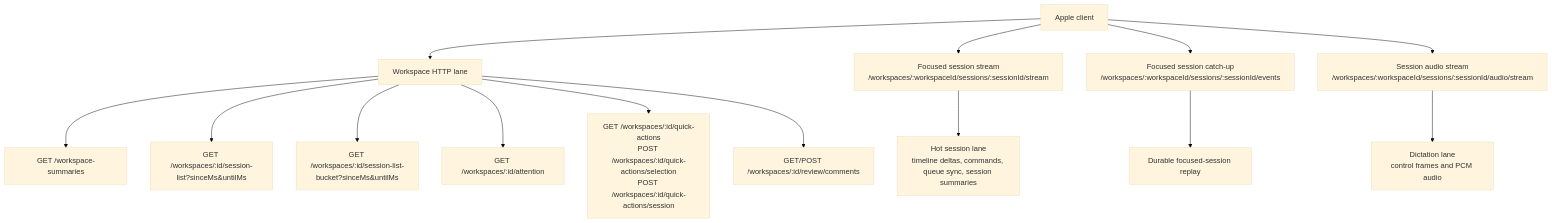
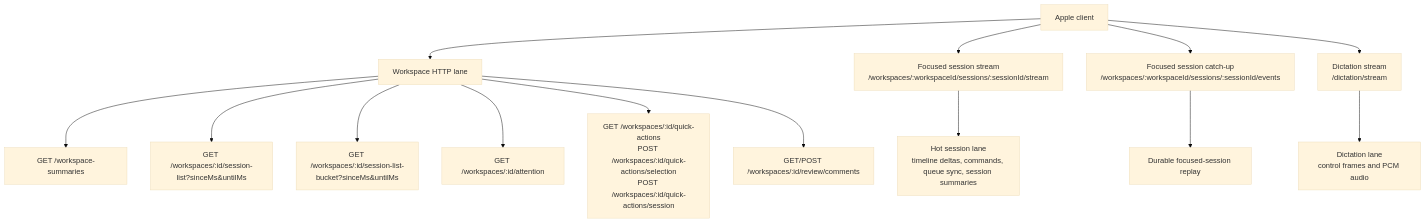
Before and after one commit to duh17/oppi: the third of 7 diagrams in docs/architecture.md, drawn with Mermaid (base theme). The commit also changed other lines of this file and 31 other files, not shown here.

````diff
--- a/docs/architecture.md
+++ b/docs/architecture.md
@@ -90,20 +90,20 @@
 ```mermaid
 graph TD
   Client[Apple client]
 
   Client --> WorkspaceHTTP[Workspace HTTP lane]
   Client --> SessionWS[Focused session stream<br/>/workspaces/:workspaceId/sessions/:sessionId/stream]
   Client --> SessionCatchup[Focused session catch-up<br/>/workspaces/:workspaceId/sessions/:sessionId/events]
-  Client --> AudioWS[Session audio stream<br/>/workspaces/:workspaceId/sessions/:sessionId/audio/stream]
+  Client --> AudioWS[Dictation stream<br/>/dictation/stream]
 
   WorkspaceHTTP --> Summaries[GET /workspace-summaries]
   WorkspaceHTTP --> RecentList[GET /workspaces/:id/session-list?sinceMs&untilMs]
   WorkspaceHTTP --> ArchiveBucket[GET /workspaces/:id/session-list-bucket?sinceMs&untilMs]
   WorkspaceHTTP --> Attention[GET /workspaces/:id/attention]
   WorkspaceHTTP --> QuickActions[GET /workspaces/:id/quick-actions<br/>POST /workspaces/:id/quick-actions/selection<br/>POST /workspaces/:id/quick-actions/session]
   WorkspaceHTTP --> ReviewComments[GET/POST /workspaces/:id/review/comments]
 
   SessionWS --> Hot[Hot session lane<br/>timeline deltas, commands, queue sync, session summaries]
   AudioWS --> Dictation[Dictation lane<br/>control frames and PCM audio]
   SessionCatchup --> Replay[Durable focused-session replay]
 ```
````
